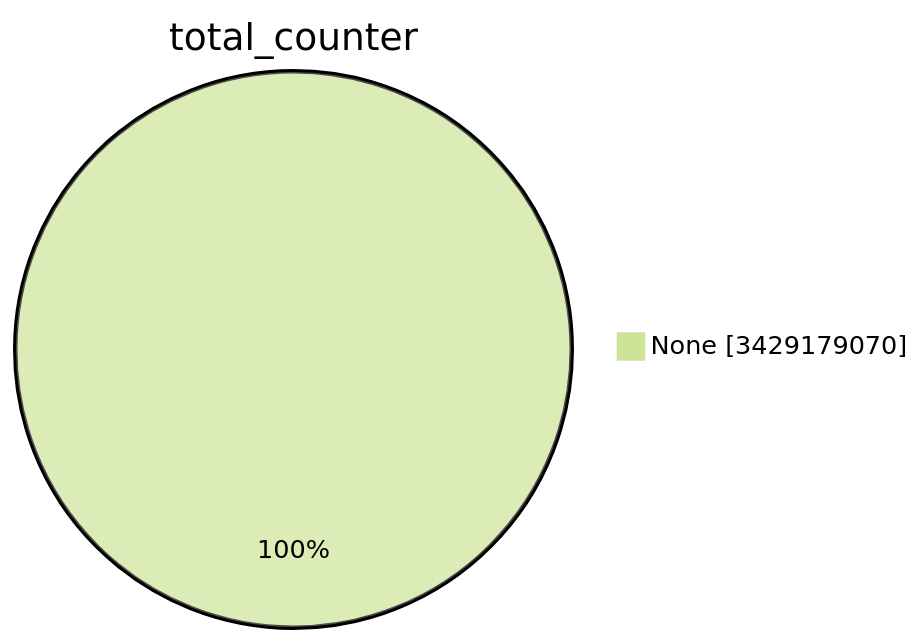
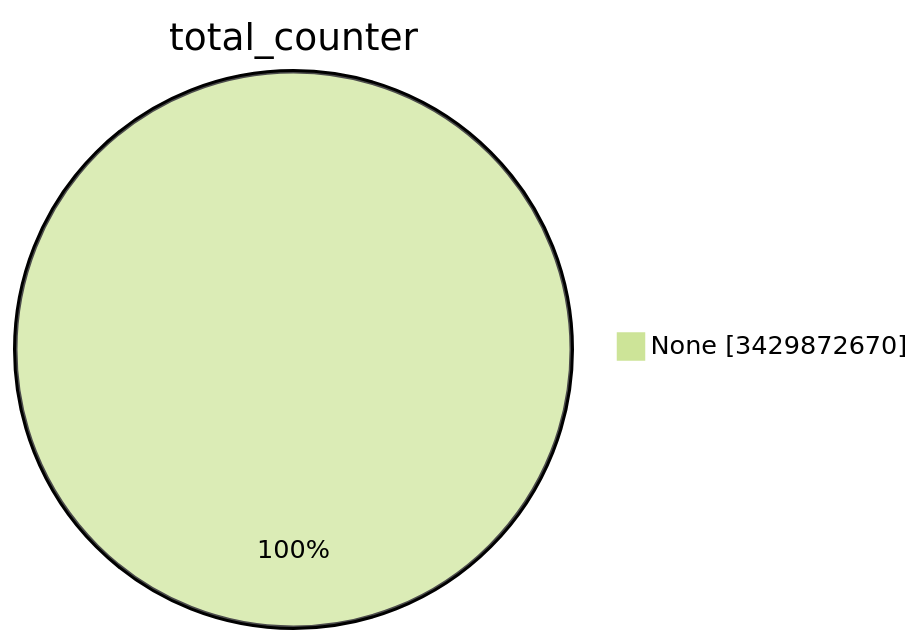
Before and after one commit to christiankrug/ctmonitor_visualization: the first of 15 diagrams in TOTAL/README.md, drawn with Mermaid (forest theme). The commit also changed other lines of this file, not shown here.

````diff
--- a/TOTAL/README.md
+++ b/TOTAL/README.md
@@ -1,5 +1,5 @@
 ```mermaid
 pie showData
 title total_counter
-"None" :3429179070
+"None" :3429872670
 ```
````
